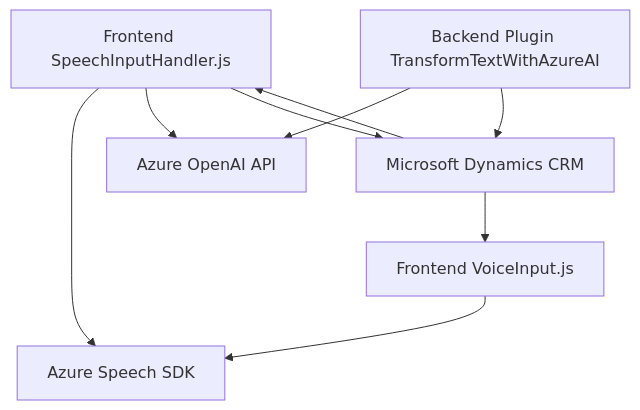
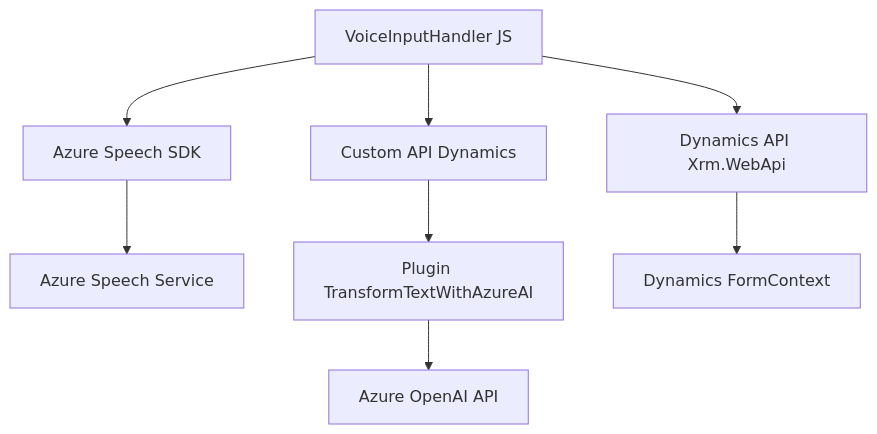
The diagram in README.md (blopezdm/NETCORE_BILBAO2025), drawn with Mermaid before and after one commit. The commit also changed other lines of this file, not shown here.

````diff
--- a/README.md
+++ b/README.md
@@ -48,18 +32,10 @@
 ```mermaid
 graph TD
-  A["Frontend VoiceInput.js"]
-  B["Frontend SpeechInputHandler.js"]
-  C["Backend Plugin TransformTextWithAzureAI"]
-  D["Microsoft Dynamics CRM"]
-  E["Azure Speech SDK"]
-  F["Azure OpenAI API"]
-  
-  A --> E
-  B --> E
-  B --> F
-  B --> D
-  C --> F
-  C --> D
-  D --> A
-  D --> B
+    A["VoiceInputHandler JS"] --> B["Azure Speech SDK"]
+    A --> C["Dynamics API Xrm.WebApi"]
+    A --> D["Custom API Dynamics"]
+    B --> E["Azure Speech Service"]
+    D --> F["Plugin TransformTextWithAzureAI"]
+    F --> G["Azure OpenAI API"]
+    C --> H["Dynamics FormContext"]
 ```
````
